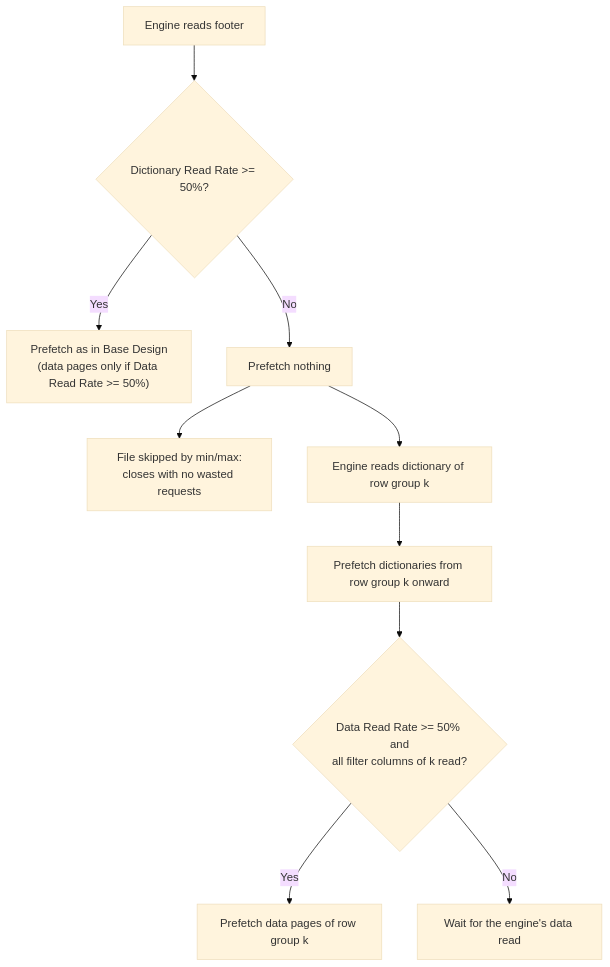
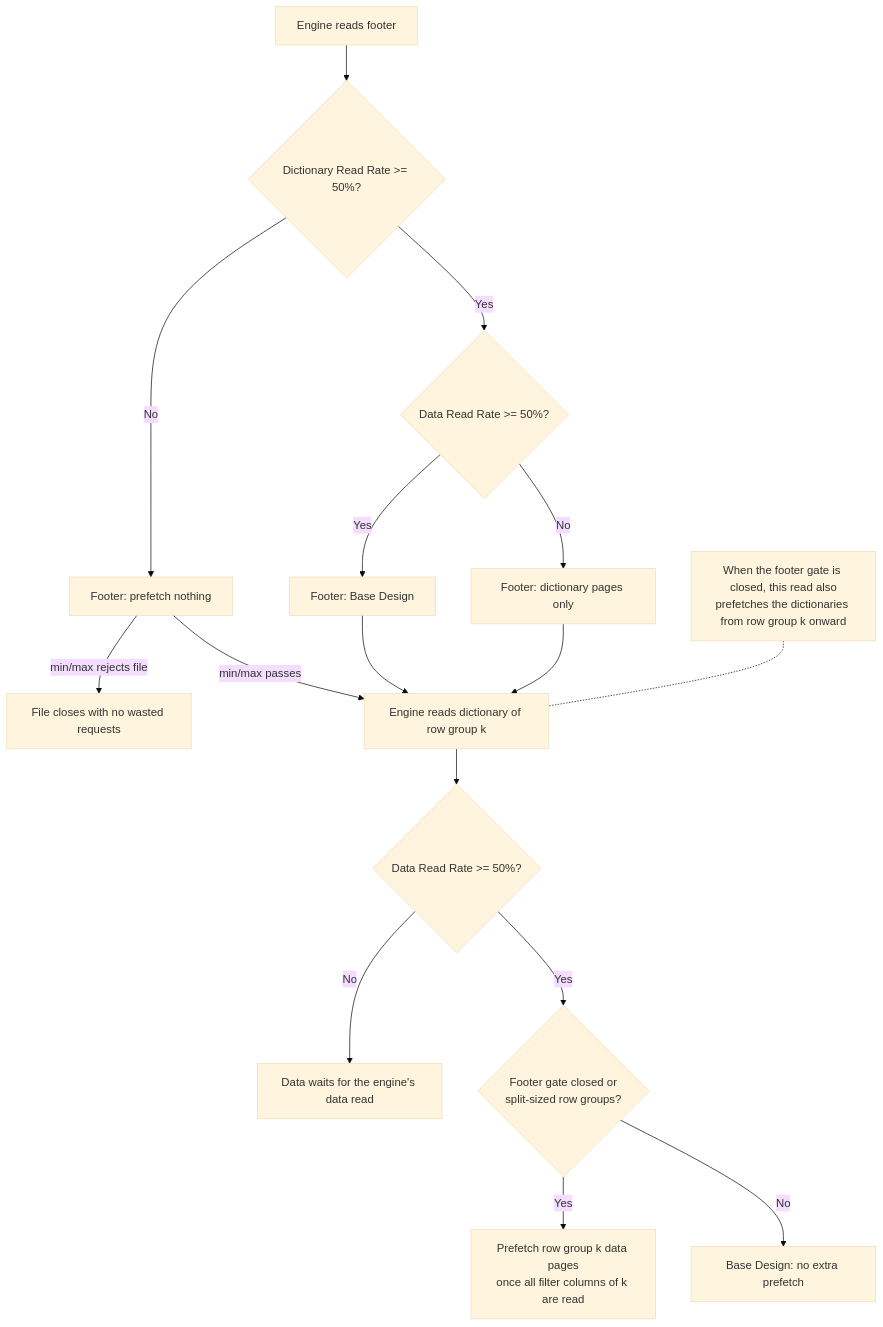
One commit to prudhvimaharishi/gcs-analytics-core changed the fifth of 8 diagrams in .agents/predictive_prefetching_design_doc.md. Above: the diagram before and after it, drawn with Mermaid (base theme). The commit also changed other lines of this file, not shown here.

First line of the commit message:
docs: tighten prefetching design HLD sections

````diff
--- a/.agents/predictive_prefetching_design_doc.md
+++ b/.agents/predictive_prefetching_design_doc.md
@@ -220,12 +226,19 @@
 ```mermaid
 flowchart TD
     Footer["Engine reads footer"] --> G1{"Dictionary Read Rate >= 50%?"}
-    G1 -- "Yes" --> BaseFooter["Prefetch as in Base Design<br/>(data pages only if Data Read Rate >= 50%)"]
-    G1 -- "No" --> Wait["Prefetch nothing"]
-    Wait --> Closed["File skipped by min/max:<br/>closes with no wasted requests"]
-    Wait --> Dict["Engine reads dictionary of row group k"]
-    Dict --> Dicts["Prefetch dictionaries from row group k onward"]
-    Dicts --> G2{"Data Read Rate >= 50% and<br/>all filter columns of k read?"}
-    G2 -- "Yes" --> Data["Prefetch data pages of row group k"]
-    G2 -- "No" --> Hold["Wait for the engine's data read"]
+    G1 -- "Yes" --> G2{"Data Read Rate >= 50%?"}
+    G2 -- "Yes" --> FBase["Footer: Base Design"]
+    G2 -- "No" --> FDict["Footer: dictionary pages only"]
+    G1 -- "No" --> FNone["Footer: prefetch nothing"]
+    FNone -- "min/max rejects file" --> Closed["File closes with no wasted requests"]
+    FNone -- "min/max passes" --> Dict["Engine reads dictionary of row group k"]
+    FBase --> Dict
+    FDict --> Dict
+    Dict --> G3{"Data Read Rate >= 50%?"}
+    G3 -- "No" --> Hold["Data waits for the engine's data read"]
+    G3 -- "Yes" --> G4{"Footer gate closed or<br/>split-sized row groups?"}
+    G4 -- "Yes" --> DataK["Prefetch row group k data pages<br/>once all filter columns of k are read"]
+    G4 -- "No" --> Base["Base Design: no extra prefetch"]
+    NoteDict["When the footer gate is closed, this read also<br/>prefetches the dictionaries from row group k onward"]
+    NoteDict -.- Dict
 ```
````
